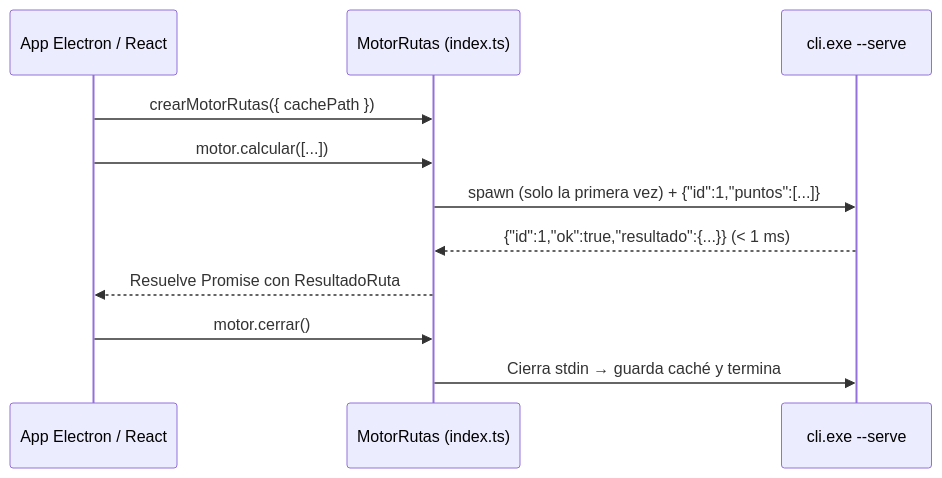
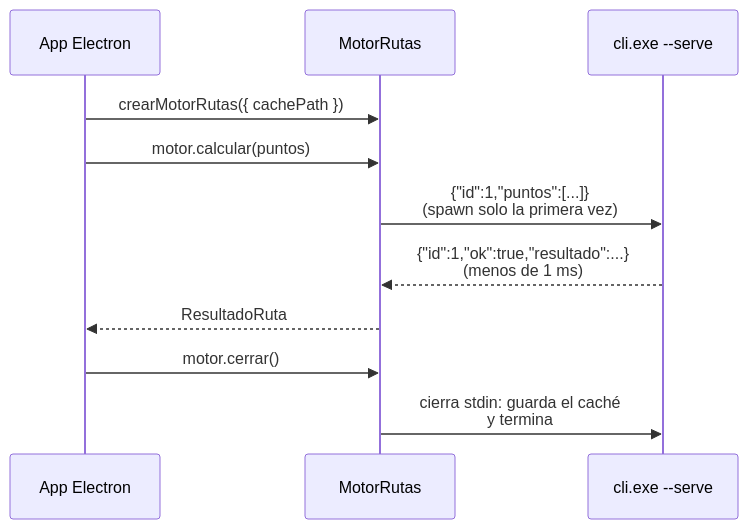
One commit to Mahynlo/RutaCraftOSM changed the second of 2 diagrams in docs/4_INTEGRACION_TYPESCRIPT_ELECTRON.md. Above: the diagram before and after it, drawn with Mermaid. The commit also changed other lines of this file and 8 other files, not shown here.

````diff
--- a/docs/4_INTEGRACION_TYPESCRIPT_ELECTRON.md
+++ b/docs/4_INTEGRACION_TYPESCRIPT_ELECTRON.md
@@ -28,14 +26,14 @@
 ```mermaid
 sequenceDiagram
-    participant App as App Electron / React
-    participant TS as MotorRutas (index.ts)
+    participant App as App Electron
+    participant TS as MotorRutas
     participant Cpp as cli.exe --serve
 
     App->>TS: crearMotorRutas({ cachePath })
-    App->>TS: motor.calcular([...])
-    TS->>Cpp: spawn (solo la primera vez) + {"id":1,"puntos":[...]}
-    Cpp-->>TS: {"id":1,"ok":true,"resultado":{...}} (< 1 ms)
-    TS-->>App: Resuelve Promise con ResultadoRuta
+    App->>TS: motor.calcular(puntos)
+    TS->>Cpp: {"id":1,"puntos":[...]}<br/>(spawn solo la primera vez)
+    Cpp-->>TS: {"id":1,"ok":true,"resultado":...}<br/>(menos de 1 ms)
+    TS-->>App: ResultadoRuta
     App->>TS: motor.cerrar()
-    TS->>Cpp: Cierra stdin → guarda caché y termina
+    TS->>Cpp: cierra stdin: guarda el caché<br/>y termina
 ```
````
